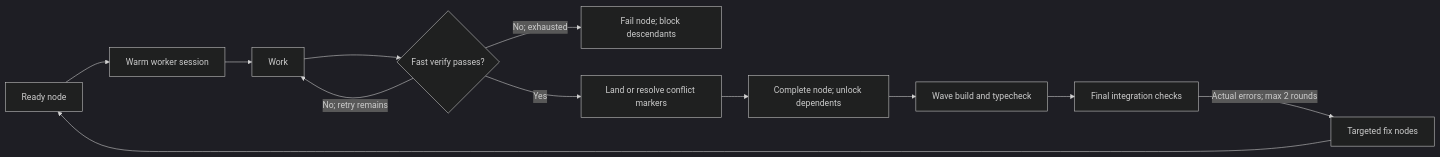
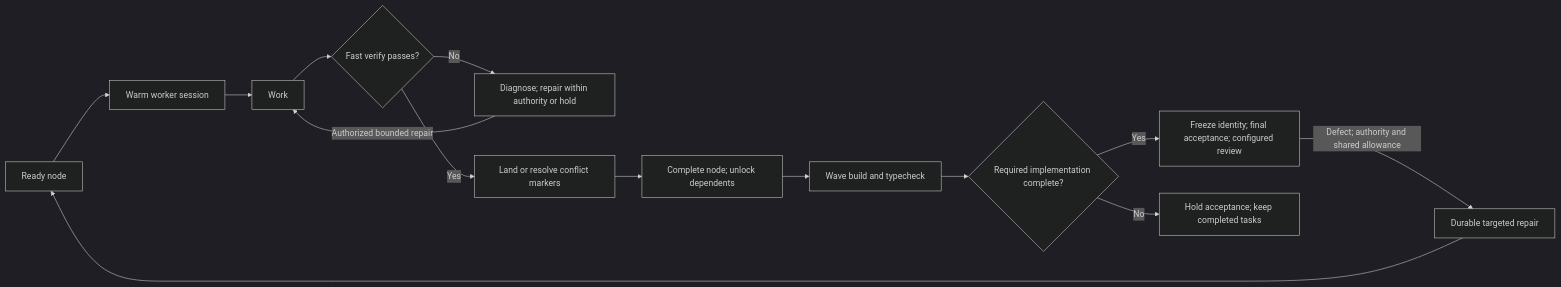
The diagram in README.md (JoeFresco1/DAG_orchestrator), drawn with Mermaid (dark theme) before and after one commit. The commit also changed other lines of this file and 15 other files, not shown here.

Commit message:
Consolidate Flow 3 acceptance, repair, and recovery lifecycle

````diff
--- a/README.md
+++ b/README.md
@@ -119,14 +119,16 @@
 ```mermaid
 flowchart LR
   A[Ready node] --> B[Warm worker session]
   B --> C[Work]
   C --> D{Fast verify passes?}
-  D -->|No; retry remains| C
-  D -->|No; exhausted| F[Fail node; block descendants]
+  D -->|No| F[Diagnose; repair within authority or hold]
+  F -->|Authorized bounded repair| C
   D -->|Yes| E[Land or resolve conflict markers]
   E --> G[Complete node; unlock dependents]
   G --> H[Wave build and typecheck]
-  H --> I[Final integration checks]
-  I -->|Actual errors; max 2 rounds| J[Targeted fix nodes]
+  H --> K{Required implementation complete?}
+  K -->|Yes| I[Freeze identity; final acceptance; configured review]
+  K -->|No| M[Hold acceptance; keep completed tasks]
+  I -->|Defect; authority and shared allowance| J[Durable targeted repair]
   J --> A
 ```
````
